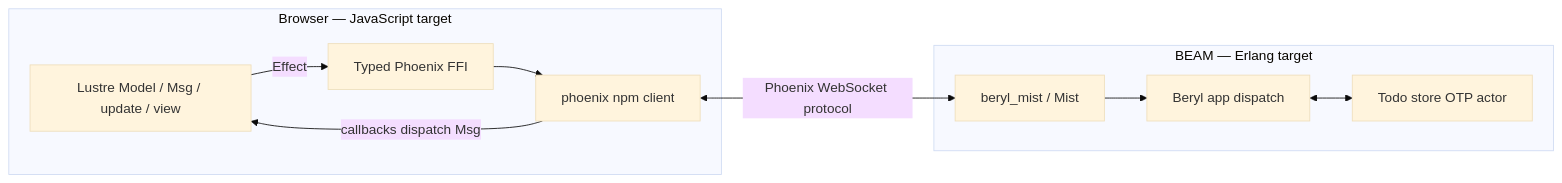
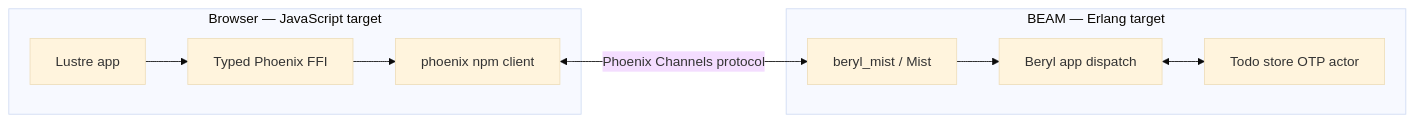
Before and after one commit to tylerbutler/beryl: the second of 2 diagrams in docs/plans/lustre-todo-realtime-example.md, drawn with Mermaid (base theme). The commit also changed other lines of this file and 18 other files, not shown here.

Commit message:
feat(example): add standalone Lustre Todo app

````diff
--- a/docs/plans/lustre-todo-realtime-example.md
+++ b/docs/plans/lustre-todo-realtime-example.md
@@ -80,21 +182,18 @@
 ```mermaid
 flowchart LR
   subgraph Browser["Browser — JavaScript target"]
-    UI["Lustre Model / Msg / update / view"]
+    UI["Lustre app"]
     Bridge["Typed Phoenix FFI"]
     Phoenix["phoenix npm client"]
-    UI -->|Effect| Bridge
-    Bridge --> Phoenix
-    Phoenix -->|callbacks dispatch Msg| UI
+    UI --> Bridge --> Phoenix
   end
 
   subgraph Server["BEAM — Erlang target"]
     Mist["beryl_mist / Mist"]
     Runtime["Beryl app dispatch"]
     Store["Todo store OTP actor"]
-    Mist --> Runtime
-    Runtime <--> Store
+    Mist --> Runtime <--> Store
   end
 
-  Phoenix <-->|Phoenix WebSocket protocol| Mist
+  Phoenix <-->|Phoenix Channels protocol| Mist
 ```
````
